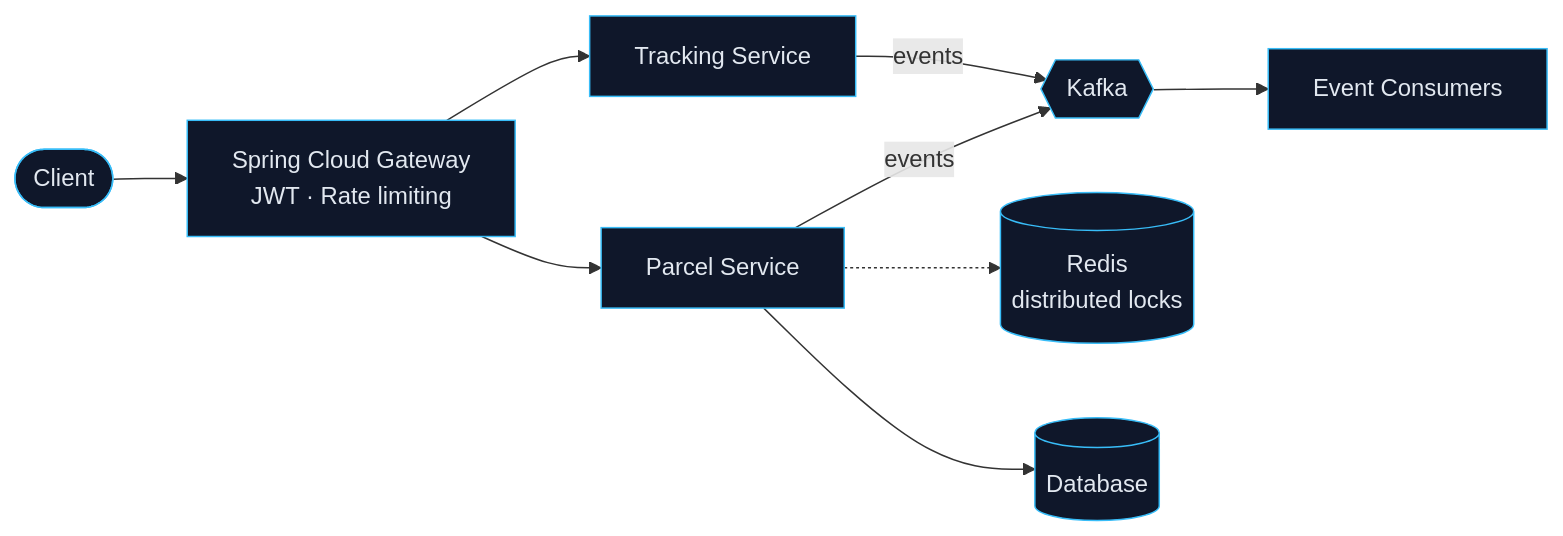
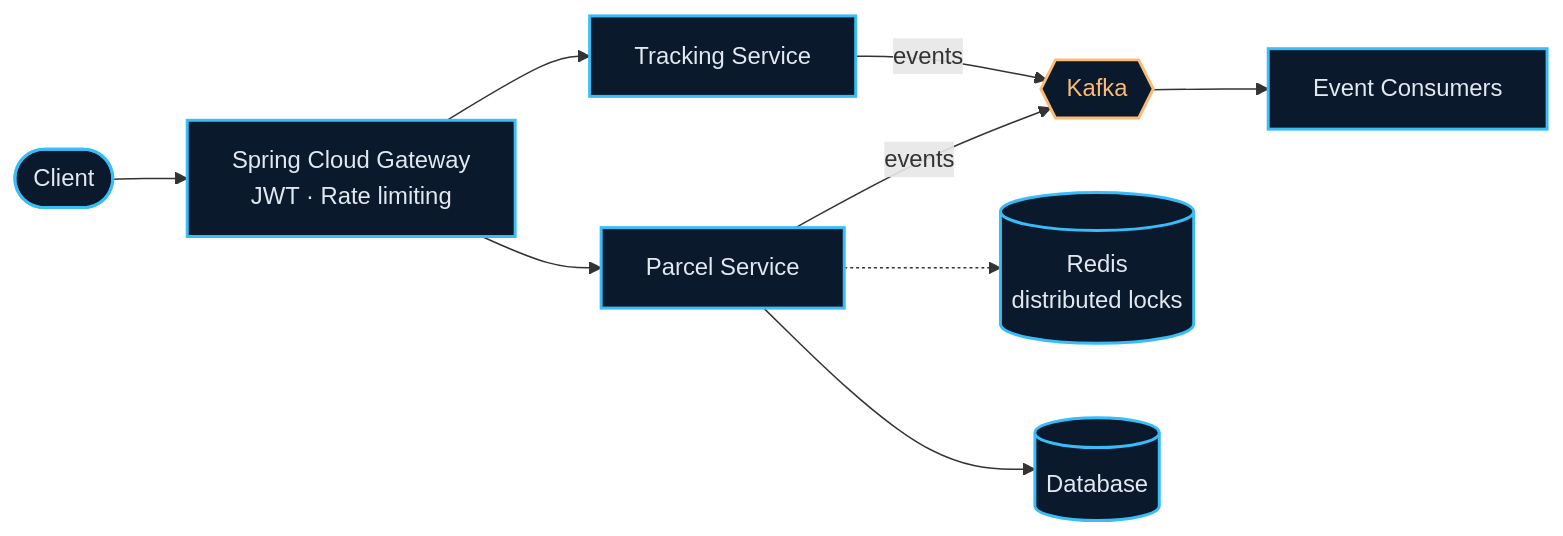
One commit to Khanhnv26/khanhnv26 changed the second of 2 diagrams in README.md. Above: the diagram before and after it, drawn with Mermaid. The commit also changed other lines of this file and 1 other file, not shown here.

````diff
--- a/README.md
+++ b/README.md
@@ -173,13 +216,15 @@
 ```mermaid
 flowchart LR
     C([Client]) --> G["Spring Cloud Gateway<br/>JWT · Rate limiting"]
     G --> P[Parcel Service]
     G --> T[Tracking Service]
     P -- events --> K{{Kafka}}
     T -- events --> K
     K --> N[Event Consumers]
     P -.-> R[("Redis<br/>distributed locks")]
     P --> D[(Database)]
-    classDef n fill:#0F172A,stroke:#38BDF8,color:#E2E8F0;
-    class C,G,P,T,K,N,R,D n;
+    classDef n fill:#0B192C,stroke:#38BDF8,stroke-width:2px,color:#E2E8F0;
+    classDef accent fill:#0B192C,stroke:#FDBA74,stroke-width:2px,color:#FDBA74;
+    class C,G,P,T,N,R,D n;
+    class K accent;
 ```
````
